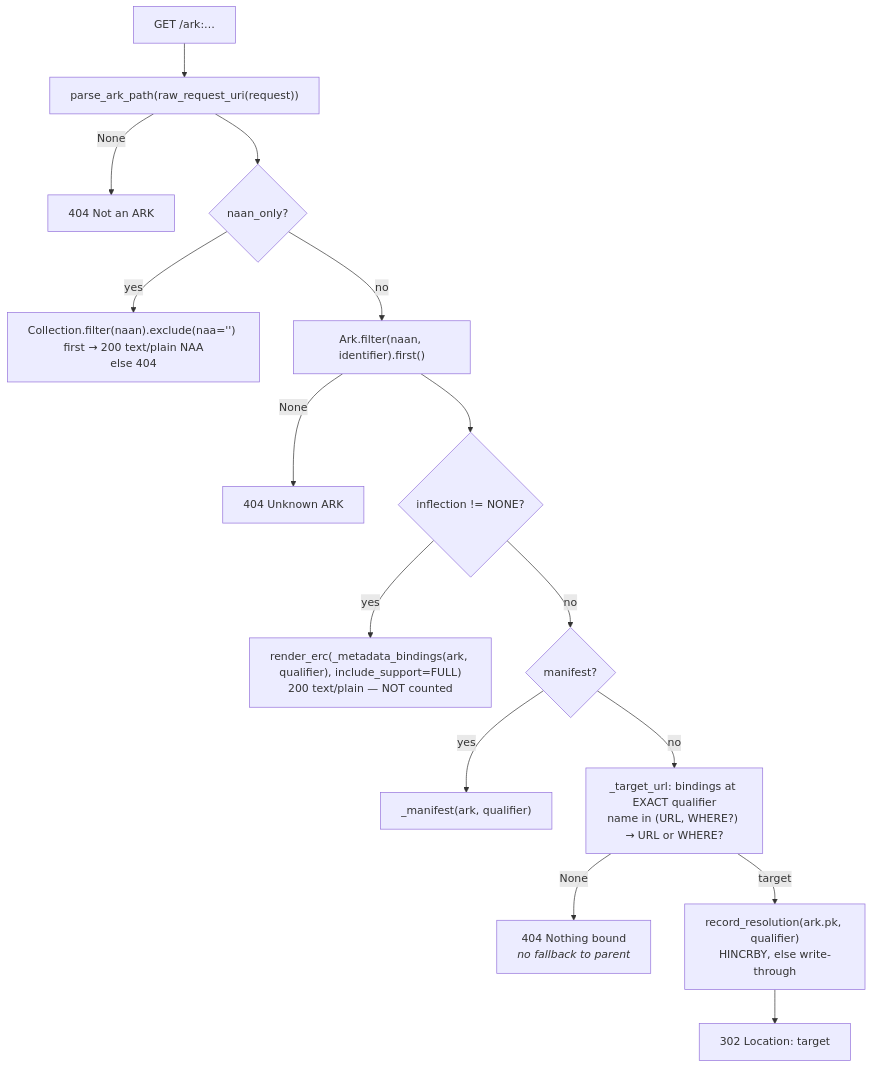
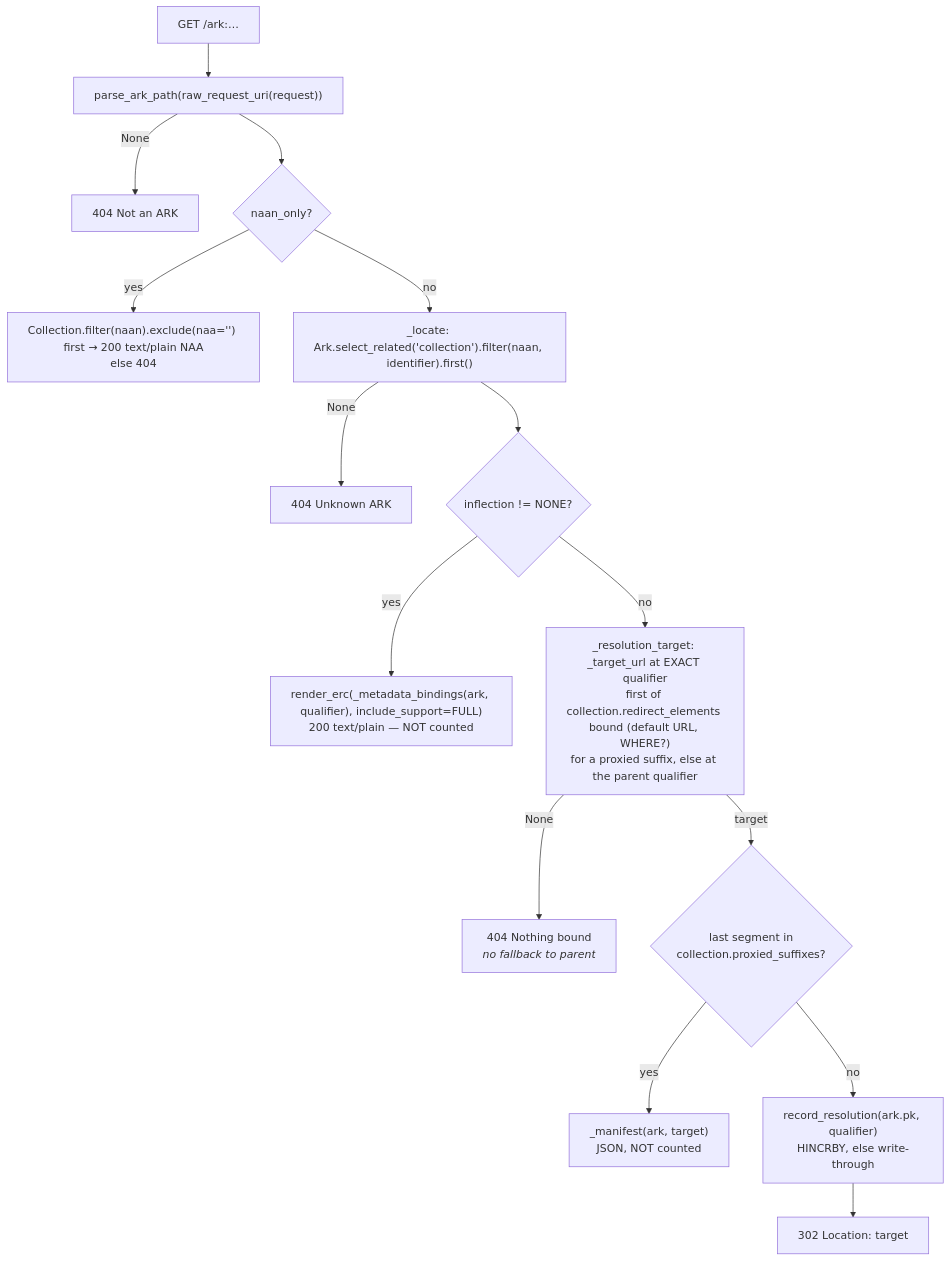
One commit to digitalutsc/arks-service changed the fourth of 13 diagrams in docs/GUIDES.md. Above: the diagram before and after it, drawn with Mermaid. The commit also changed other lines of this file and 21 other files, not shown here.

First line of the commit message:
Resolve like the ARK spec on a miss; per-collection resolution settings

````diff
--- a/docs/GUIDES.md
+++ b/docs/GUIDES.md
@@ -439,17 +437,17 @@
 ```mermaid
 flowchart TD
     A["GET /ark:…"] --> B["parse_ark_path(raw_request_uri(request))"]
     B -->|None| X404a["404 Not an ARK"]
     B --> C{"naan_only?"}
     C -->|yes| D["Collection.filter(naan).exclude(naa='') first → 200 text/plain NAA<br/>else 404"]
-    C -->|no| E["Ark.filter(naan, identifier).first()"]
+    C -->|no| E["_locate: Ark.select_related('collection').filter(naan, identifier).first()"]
     E -->|None| X404b["404 Unknown ARK"]
     E --> F{"inflection != NONE?"}
     F -->|yes| G["render_erc(_metadata_bindings(ark, qualifier), include_support=FULL)<br/>200 text/plain — NOT counted"]
-    F -->|no| H{"manifest?"}
-    H -->|yes| M["_manifest(ark, qualifier)"]
-    H -->|no| I["_target_url: bindings at EXACT qualifier<br/>name in (URL, WHERE?) → URL or WHERE?"]
+    F -->|no| I["_resolution_target: _target_url at EXACT qualifier<br/>first of collection.redirect_elements bound (default URL, WHERE?)<br/>for a proxied suffix, else at the parent qualifier"]
     I -->|None| X404c["404 Nothing bound<br/><i>no fallback to parent</i>"]
-    I -->|target| J["record_resolution(ark.pk, qualifier)<br/>HINCRBY, else write-through"]
+    I -->|target| H{"last segment in<br/>collection.proxied_suffixes?"}
+    H -->|yes| M["_manifest(ark, target)<br/>JSON, NOT counted"]
+    H -->|no| J["record_resolution(ark.pk, qualifier)<br/>HINCRBY, else write-through"]
     J --> K["302 Location: target"]
 ```
````
